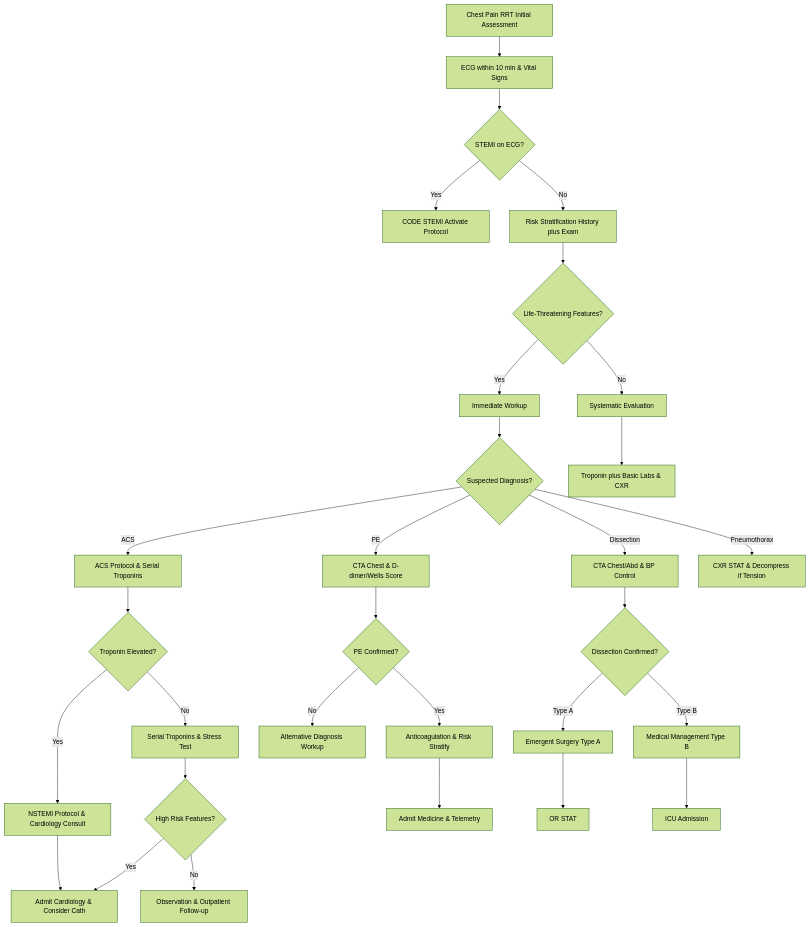
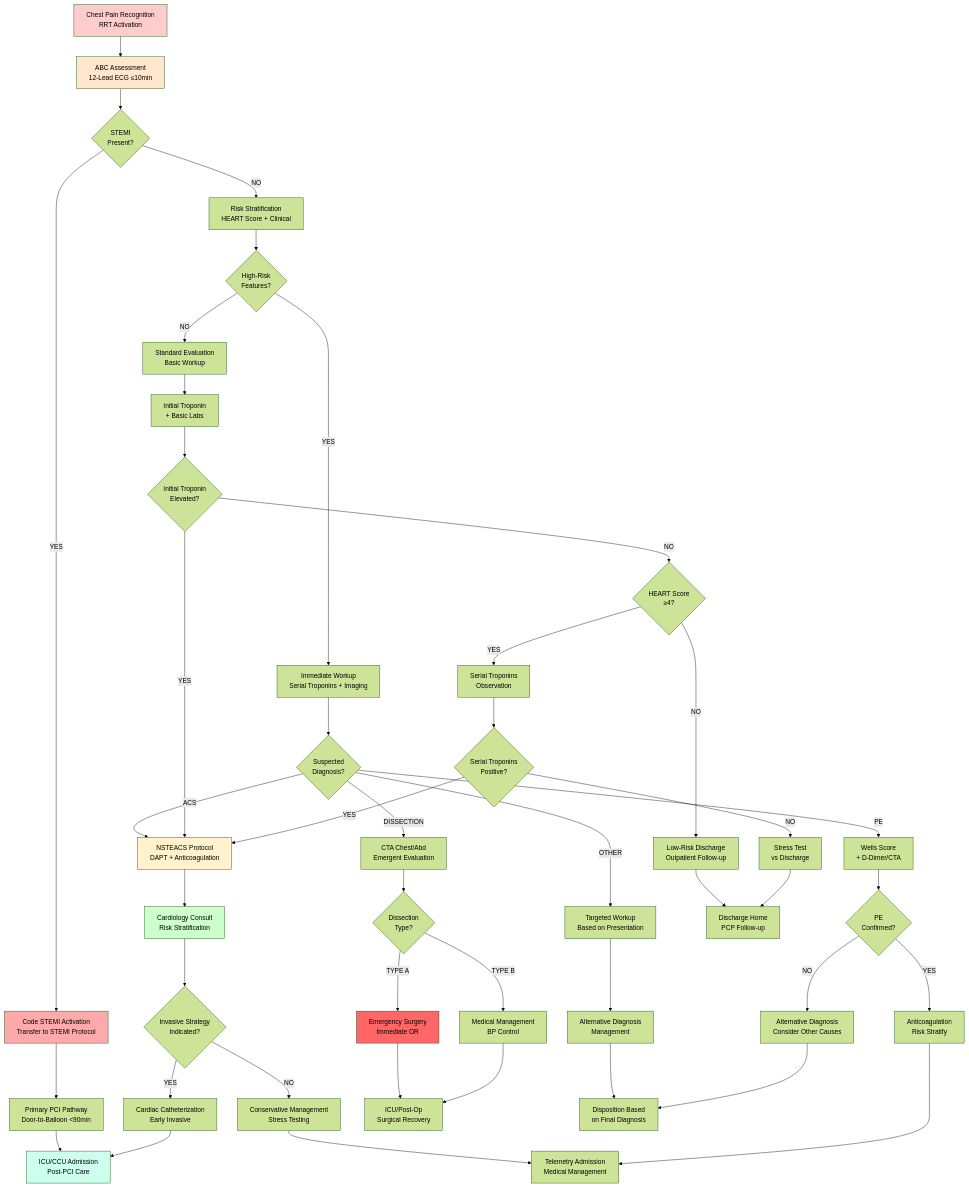
One commit to bhavenmurji/RapidResponseCentral changed the diagram in Assets/RapidResponseCentralDocumentationVault/Protocols/RRTs/Chest Pain.md. Above: the diagram before and after it, drawn with Mermaid (forest theme). The commit also changed other lines of this file and 6438 other files, not shown here.

````diff
--- a/Assets/RapidResponseCentralDocumentationVault/Protocols/RRTs/Chest Pain.md
+++ b/Assets/RapidResponseCentralDocumentationVault/Protocols/RRTs/Chest Pain.md
@@ -114,62 +12,68 @@
-```mermaid
+~~~mermaid
 graph TD
-    A[Chest Pain RRT Initial Assessment]
-    B[ECG within 10 min & Vital Signs]
-    C{STEMI on ECG?}
-    D[CODE STEMI Activate Protocol]
-    E[Risk Stratification History plus Exam]
-    F{Life-Threatening Features?}
-    G[Immediate Workup]
-    H[Systematic Evaluation]
-    I{Suspected Diagnosis?}
-    J[ACS Protocol & Serial Troponins]
-    K[CTA Chest & D-dimer/Wells Score]
-    L[CTA Chest/Abd & BP Control]
-    M[CXR STAT & Decompress if Tension]
-    N[Troponin plus Basic Labs & CXR]
-    O{Troponin Elevated?}
-    P[NSTEMI Protocol & Cardiology Consult]
-    Q[Serial Troponins & Stress Test]
-    R{PE Confirmed?}
-    S[Anticoagulation & Risk Stratify]
-    T[Alternative Diagnosis Workup]
-    U{Dissection Confirmed?}
-    V[Emergent Surgery Type A]
-    W[Medical Management Type B]
-    X[Admit Cardiology & Consider Cath]
-    Y{High Risk Features?}
-    Z[Observation & Outpatient Follow-up]
-    AA[Admit Medicine & Telemetry]
-    AB[OR STAT]
-    AC[ICU Admission]
-
-    A --> B
-    B --> C
-    C -- Yes --> D
-    C -- No --> E
-    E --> F
-    F -- Yes --> G
-    F -- No --> H
-    G --> I
-    I -- ACS --> J
-    I -- PE --> K
-    I -- Dissection --> L
-    I -- Pneumothorax --> M
-    H --> N
-    J --> O
-    O -- Yes --> P
-    O -- No --> Q
-    K --> R
-    R -- Yes --> S
-    R -- No --> T
-    L --> U
-    U -- "Type A" --> V
-    U -- "Type B" --> W
-    P --> X
-    Q --> Y
-    Y -- Yes --> X
-    Y -- No --> Z
-    S --> AA
-    V --> AB
-    W --> AC
-```
+    A["Chest Pain Recognition<br/>RRT Activation"] --> B["ABC Assessment<br/>12-Lead ECG ≤10min"]
+    
+    B --> C{"STEMI<br/>Present?"}
+    
+    C -->|YES| D["Code STEMI Activation<br/>Transfer to STEMI Protocol"]
+    C -->|NO| E["Risk Stratification<br/>HEART Score + Clinical"]
+    
+    D --> F["Primary PCI Pathway<br/>Door-to-Balloon <90min"]
+    E --> G{"High-Risk<br/>Features?"}
+    
+    G -->|YES| H["Immediate Workup<br/>Serial Troponins + Imaging"]
+    G -->|NO| I["Standard Evaluation<br/>Basic Workup"]
+    
+    H --> J{"Suspected<br/>Diagnosis?"}
+    I --> K["Initial Troponin<br/>+ Basic Labs"]
+    
+    J -->|ACS| L["NSTEACS Protocol<br/>DAPT + Anticoagulation"]
+    J -->|PE| M["Wells Score<br/>+ D-Dimer/CTA"]
+    J -->|DISSECTION| N["CTA Chest/Abd<br/>Emergent Evaluation"]
+    J -->|OTHER| O["Targeted Workup<br/>Based on Presentation"]
+    
+    K --> P{"Initial Troponin<br/>Elevated?"}
+    
+    L --> Q["Cardiology Consult<br/>Risk Stratification"]
+    M --> R{"PE<br/>Confirmed?"}
+    N --> S{"Dissection<br/>Type?"}
+    O --> T["Alternative Diagnosis<br/>Management"]
+    
+    P -->|YES| L
+    P -->|NO| U{"HEART Score<br/>≥4?"}
+    
+    Q --> V{"Invasive Strategy<br/>Indicated?"}
+    R -->|YES| W["Anticoagulation<br/>Risk Stratify"]
+    R -->|NO| X["Alternative Diagnosis<br/>Consider Other Causes"]
+    S -->|"TYPE A"| Y["Emergency Surgery<br/>Immediate OR"]
+    S -->|"TYPE B"| Z["Medical Management<br/>BP Control"]
+    
+    U -->|YES| AA["Serial Troponins<br/>Observation"]
+    U -->|NO| BB["Low-Risk Discharge<br/>Outpatient Follow-up"]
+    
+    V -->|YES| CC["Cardiac Catheterization<br/>Early Invasive"]
+    V -->|NO| DD["Conservative Management<br/>Stress Testing"]
+    
+    AA --> EE{"Serial Troponins<br/>Positive?"}
+    EE -->|YES| L
+    EE -->|NO| FF["Stress Test<br/>vs Discharge"]
+    
+    F --> GG["ICU/CCU Admission<br/>Post-PCI Care"]
+    CC --> GG
+    DD --> HH["Telemetry Admission<br/>Medical Management"]
+    W --> HH
+    Y --> II["ICU/Post-Op<br/>Surgical Recovery"]
+    Z --> II
+    BB --> JJ["Discharge Home<br/>PCP Follow-up"]
+    FF --> JJ
+    T --> KK["Disposition Based<br/>on Final Diagnosis"]
+    X --> KK
+    
+    style A fill:#ffcccc
+    style B fill:#ffe6cc
+    style D fill:#ffaaaa
+    style L fill:#fff2cc
+    style Q fill:#ccffcc
+    style Y fill:#ff6666
+    style GG fill:#ccffee
+~~~
````
